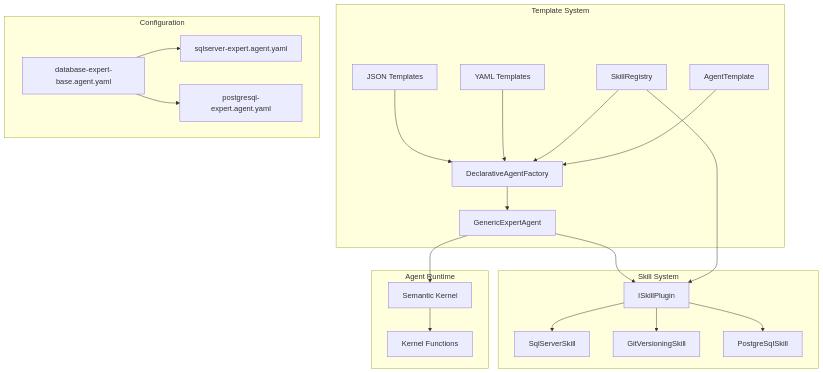
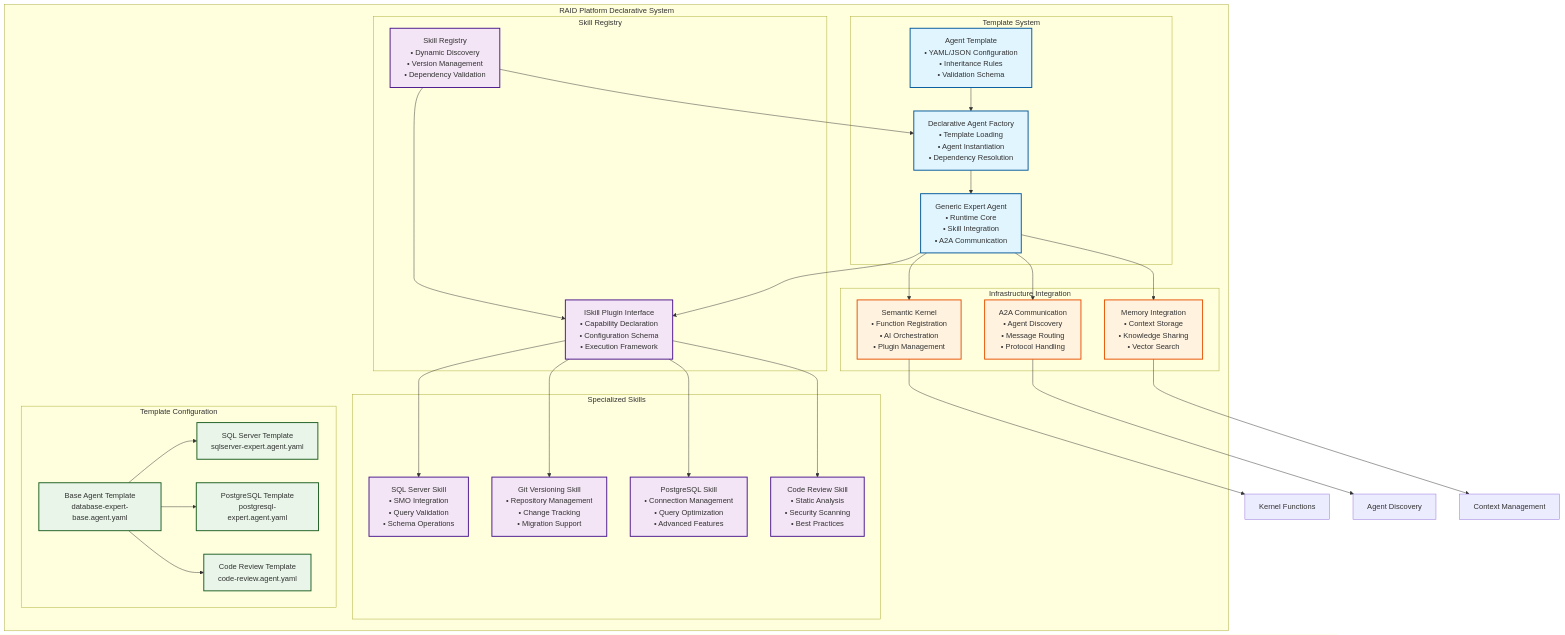
One commit to Piscatore/LLM-SqlServerExpertAgent changed the diagram in docs/architecture/declarative-agent-system.md. Above: the diagram before and after it, drawn with Mermaid. The commit also changed other lines of this file and 9 other files, not shown here.

First line of the commit message:
feat: Position SQL Server Expert Agent as flagship commercial product with comprehensive documentation updates

````diff
--- a/docs/architecture/declarative-agent-system.md
+++ b/docs/architecture/declarative-agent-system.md
@@ -9,31 +9,74 @@
 ```mermaid
 graph TB
-    subgraph "Template System"
-        AT[AgentTemplate] --> AF[DeclarativeAgentFactory]
-        AF --> GA[GenericExpertAgent]
-        SR[SkillRegistry] --> AF
-        YT[YAML Templates] --> AF
-        JT[JSON Templates] --> AF
+    subgraph "RAID Platform Declarative System"
+        subgraph "Template System"
+            AT[Agent Template<br/>• YAML/JSON Configuration<br/>• Inheritance Rules<br/>• Validation Schema]
+            AF[Declarative Agent Factory<br/>• Template Loading<br/>• Agent Instantiation<br/>• Dependency Resolution]
+            GA[Generic Expert Agent<br/>• Runtime Core<br/>• Skill Integration<br/>• A2A Communication]
+        end
+
+        subgraph "Skill Registry"
+            SR[Skill Registry<br/>• Dynamic Discovery<br/>• Version Management<br/>• Dependency Validation]
+            ISkill[ISkill Plugin Interface<br/>• Capability Declaration<br/>• Configuration Schema<br/>• Execution Framework]
+        end
+
+        subgraph "Infrastructure Integration"
+            A2A[A2A Communication<br/>• Agent Discovery<br/>• Message Routing<br/>• Protocol Handling]
+            MEMORY[Memory Integration<br/>• Context Storage<br/>• Knowledge Sharing<br/>• Vector Search]
+            SK[Semantic Kernel<br/>• Function Registration<br/>• AI Orchestration<br/>• Plugin Management]
+        end
+
+        subgraph "Specialized Skills"
+            SS[SQL Server Skill<br/>• SMO Integration<br/>• Query Validation<br/>• Schema Operations]
+            GS[Git Versioning Skill<br/>• Repository Management<br/>• Change Tracking<br/>• Migration Support]
+            PS[PostgreSQL Skill<br/>• Connection Management<br/>• Query Optimization<br/>• Advanced Features]
+            CS[Code Review Skill<br/>• Static Analysis<br/>• Security Scanning<br/>• Best Practices]
+        end
+
+        subgraph "Template Configuration"
+            BASE[Base Agent Template<br/>database-expert-base.agent.yaml]
+            SQL_TEMPLATE[SQL Server Template<br/>sqlserver-expert.agent.yaml]
+            PG_TEMPLATE[PostgreSQL Template<br/>postgresql-expert.agent.yaml]
+            CODE_TEMPLATE[Code Review Template<br/>code-review.agent.yaml]
+        end
     end
-    
-    subgraph "Skill System"
-        ISkill[ISkillPlugin] --> SS[SqlServerSkill]
-        ISkill --> GS[GitVersioningSkill]
-        ISkill --> PS[PostgreSqlSkill]
-        SR --> ISkill
-    end
-    
-    subgraph "Agent Runtime"
-        GA --> SK[Semantic Kernel]
-        GA --> ISkill
-        SK --> Functions[Kernel Functions]
-    end
-    
-    subgraph "Configuration"
-        BaseTemplate[database-expert-base.agent.yaml]
-        SqlTemplate[sqlserver-expert.agent.yaml]
-        PgTemplate[postgresql-expert.agent.yaml]
-        BaseTemplate --> SqlTemplate
-        BaseTemplate --> PgTemplate
-    end
+
+    %% Template system connections
+    AT --> AF
+    AF --> GA
+    SR --> AF
+
+    %% Skill system connections
+    SR --> ISkill
+    ISkill --> SS
+    ISkill --> GS
+    ISkill --> PS
+    ISkill --> CS
+
+    %% Runtime integration
+    GA --> SK
+    GA --> A2A
+    GA --> MEMORY
+    GA --> ISkill
+
+    %% Template inheritance
+    BASE --> SQL_TEMPLATE
+    BASE --> PG_TEMPLATE
+    BASE --> CODE_TEMPLATE
+
+    %% Infrastructure connections
+    SK --> Functions[Kernel Functions]
+    A2A --> Discovery[Agent Discovery]
+    MEMORY --> Context[Context Management]
+
+    %% Styling
+    classDef template fill:#e1f5fe,stroke:#01579b,stroke-width:2px
+    classDef skill fill:#f3e5f5,stroke:#4a148c,stroke-width:2px
+    classDef infrastructure fill:#fff3e0,stroke:#e65100,stroke-width:2px
+    classDef config fill:#e8f5e8,stroke:#1b5e20,stroke-width:2px
+
+    class AT,AF,GA template
+    class SR,ISkill,SS,GS,PS,CS skill
+    class A2A,MEMORY,SK infrastructure
+    class BASE,SQL_TEMPLATE,PG_TEMPLATE,CODE_TEMPLATE config
 ```
````
